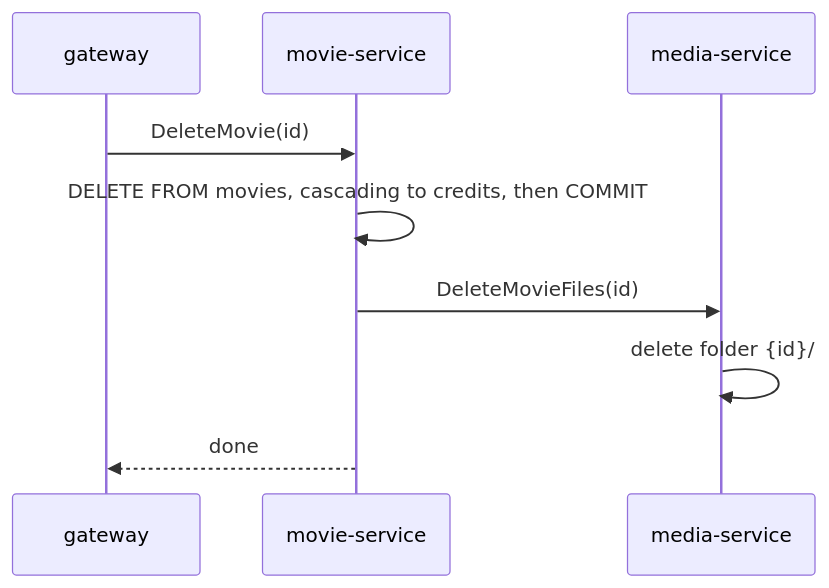
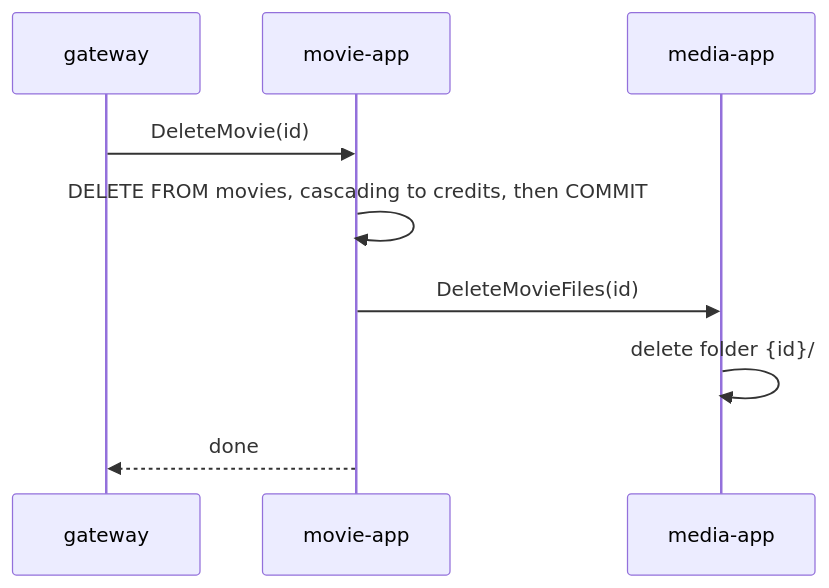
The fifth of 6 diagrams in docs/backend-design.md (dancepop/svelte-kotlin-try), drawn with Mermaid before and after one commit. The commit also changed other lines of this file and 125 other files, not shown here.

````diff
--- a/docs/backend-design.md
+++ b/docs/backend-design.md
@@ -188,11 +188,11 @@
 ```mermaid
 sequenceDiagram
   participant G as gateway
-  participant V as movie-service
-  participant M as media-service
+  participant V as movie-app
+  participant M as media-app
   G->>V: DeleteMovie(id)
   V->>V: DELETE FROM movies, cascading to credits, then COMMIT
   V->>M: DeleteMovieFiles(id)
   M->>M: delete folder {id}/
   V-->>G: done
 ```
````
